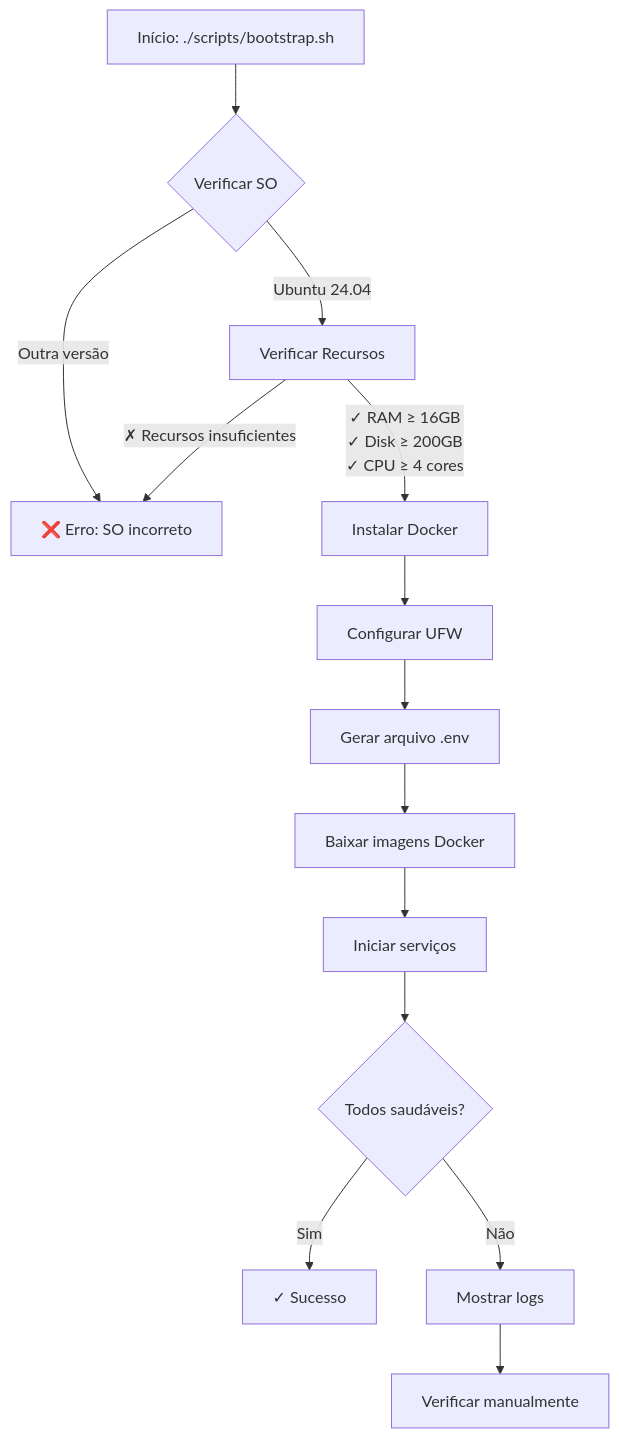
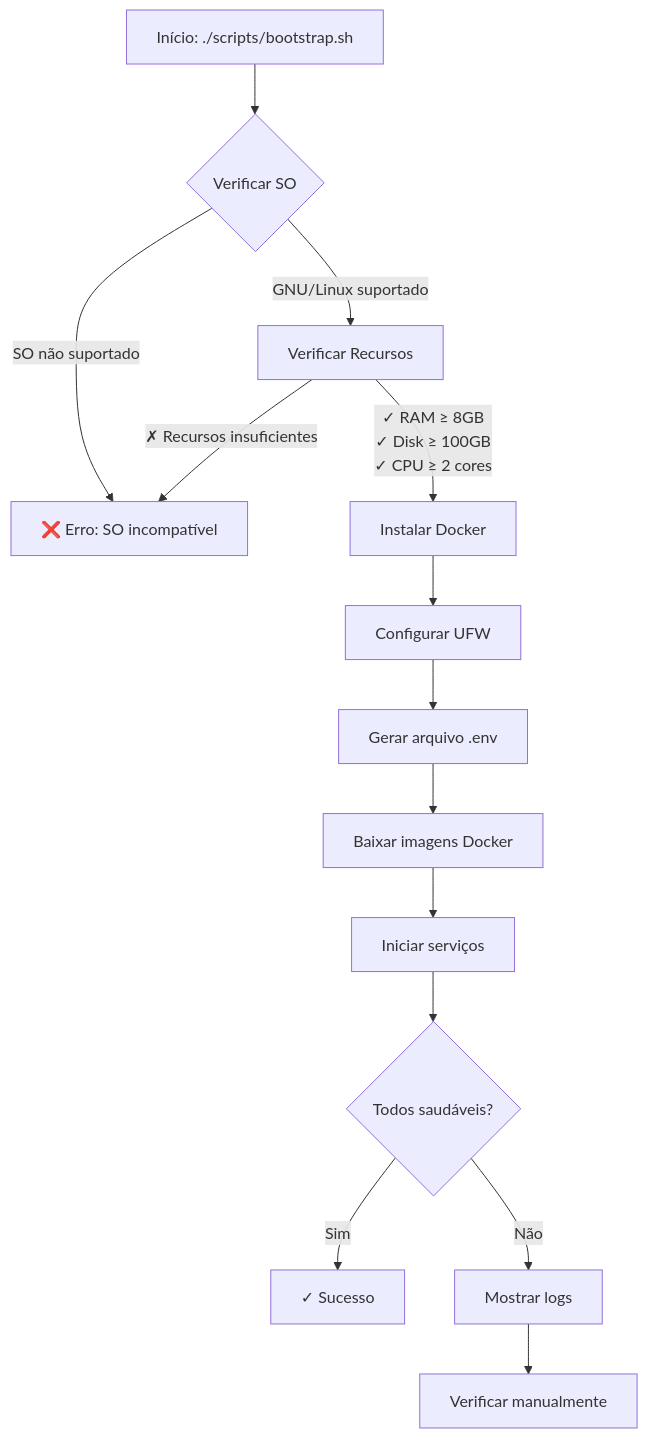
The diagram in docs/01-instalacao.md (docg1701/borgstack), drawn with Mermaid before and after one commit. The commit also changed other lines of this file and 33 other files, not shown here.

First line of the commit message:
Atualizar referências: Ubuntu → GNU/Linux e corrigir testes CI

````diff
--- a/docs/01-instalacao.md
+++ b/docs/01-instalacao.md
@@ -81,16 +81,16 @@
 ```mermaid
 flowchart TD
     A[Início: ./scripts/bootstrap.sh] --> B{Verificar SO}
-    B -->|Ubuntu 24.04| C[Verificar Recursos]
-    B -->|Outra versão| Z[❌ Erro: SO incorreto]
-    C -->|✓ RAM ≥ 16GB<br/>✓ Disk ≥ 200GB<br/>✓ CPU ≥ 4 cores| D[Instalar Docker]
+    B -->|GNU/Linux suportado| C[Verificar Recursos]
+    B -->|SO não suportado| Z[❌ Erro: SO incompatível]
+    C -->|✓ RAM ≥ 8GB<br/>✓ Disk ≥ 100GB<br/>✓ CPU ≥ 2 cores| D[Instalar Docker]
     C -->|✗ Recursos insuficientes| Z
     D --> E[Configurar UFW]
     E --> F[Gerar arquivo .env]
     F --> G[Baixar imagens Docker]
     G --> H[Iniciar serviços]
     H --> I{Todos saudáveis?}
     I -->|Sim| J[✓ Sucesso]
     I -->|Não| K[Mostrar logs]
     K --> L[Verificar manualmente]
 ```
````
